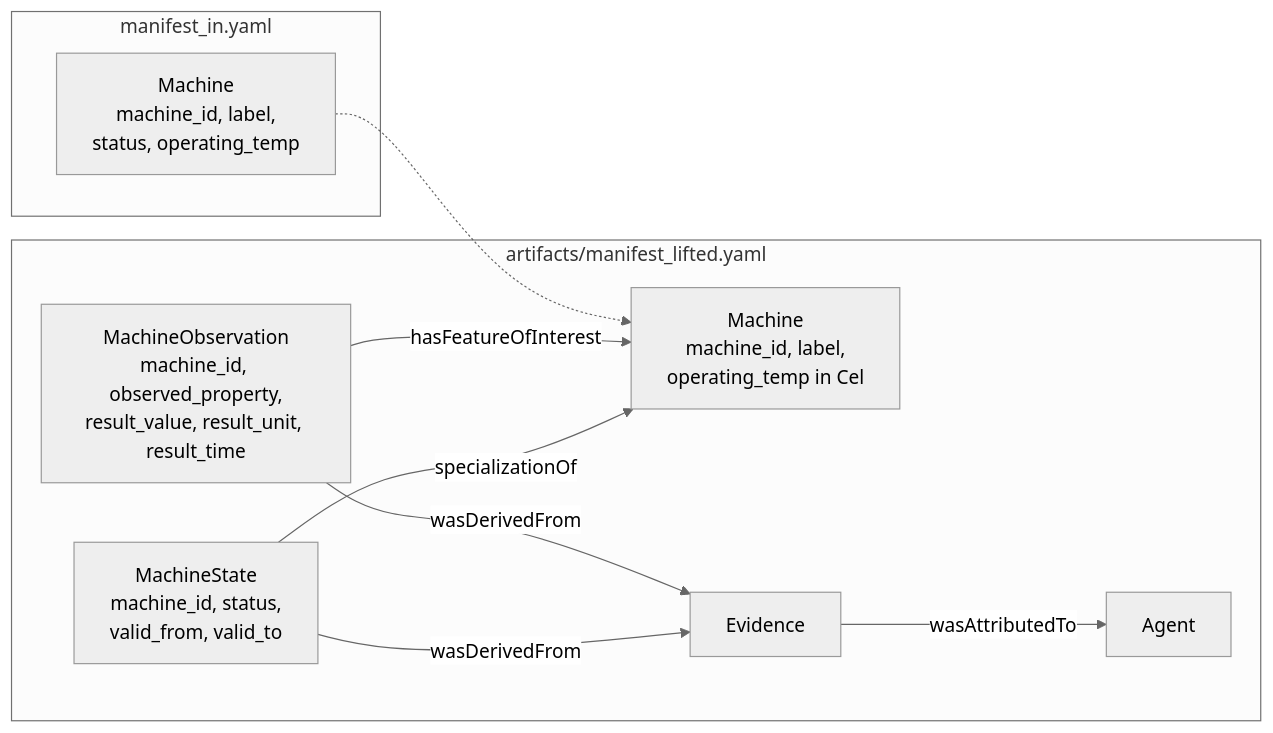
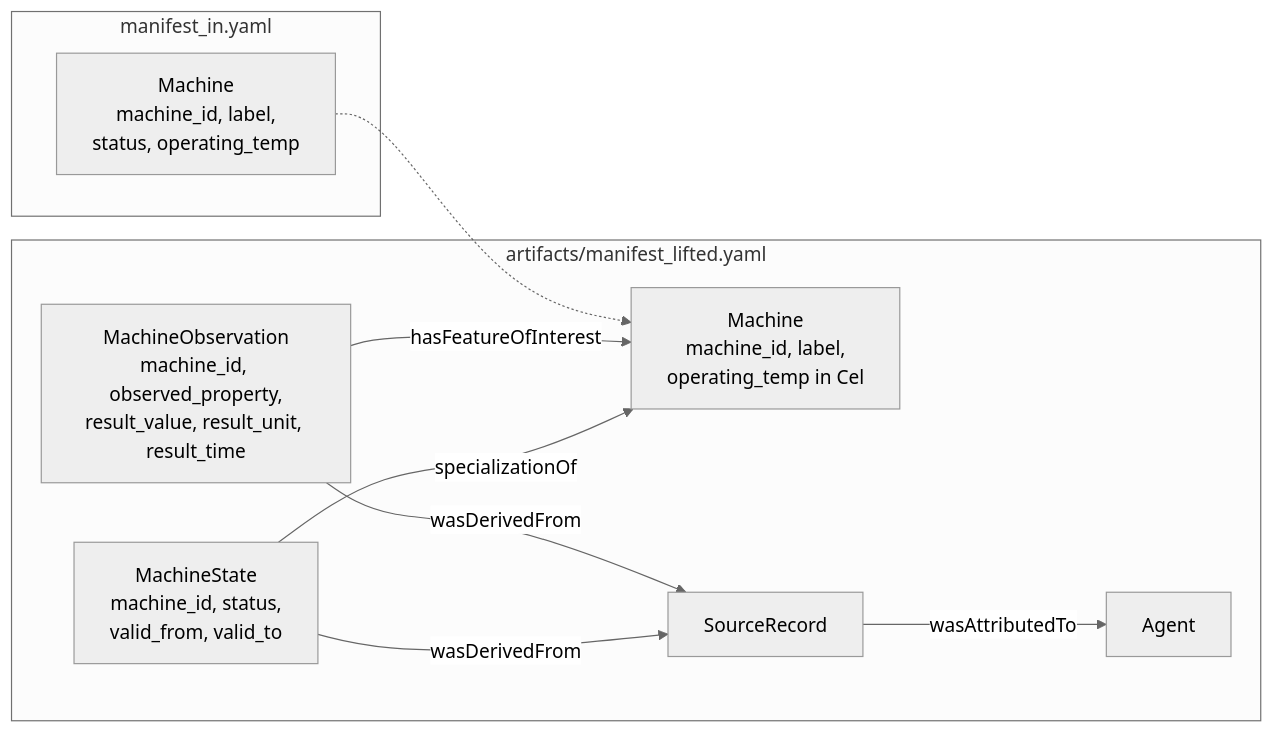
Before and after one commit to growgraph/graflo: the diagram in examples/23-state-core-lift/README.md, drawn with Mermaid (neutral theme). The commit also changed other lines of this file and 49 other files, not shown here.

````diff
--- a/examples/23-state-core-lift/README.md
+++ b/examples/23-state-core-lift/README.md
@@ -16,19 +18,19 @@
 ```mermaid
 flowchart LR
     subgraph before["manifest_in.yaml"]
         M1["Machine<br>machine_id, label,<br>status, operating_temp"]
     end
     subgraph after["artifacts/manifest_lifted.yaml"]
         M2["Machine<br>machine_id, label,<br>operating_temp in Cel"]
         S["MachineState<br>machine_id, status,<br>valid_from, valid_to"]
         O["MachineObservation<br>machine_id, observed_property,<br>result_value, result_unit, result_time"]
-        E[Evidence]
+        E[SourceRecord]
         A[Agent]
         S -- specializationOf --> M2
         O -- hasFeatureOfInterest --> M2
         S -- wasDerivedFrom --> E
         O -- wasDerivedFrom --> E
         E -- wasAttributedTo --> A
     end
     M1 -.-> M2
 ```
````
